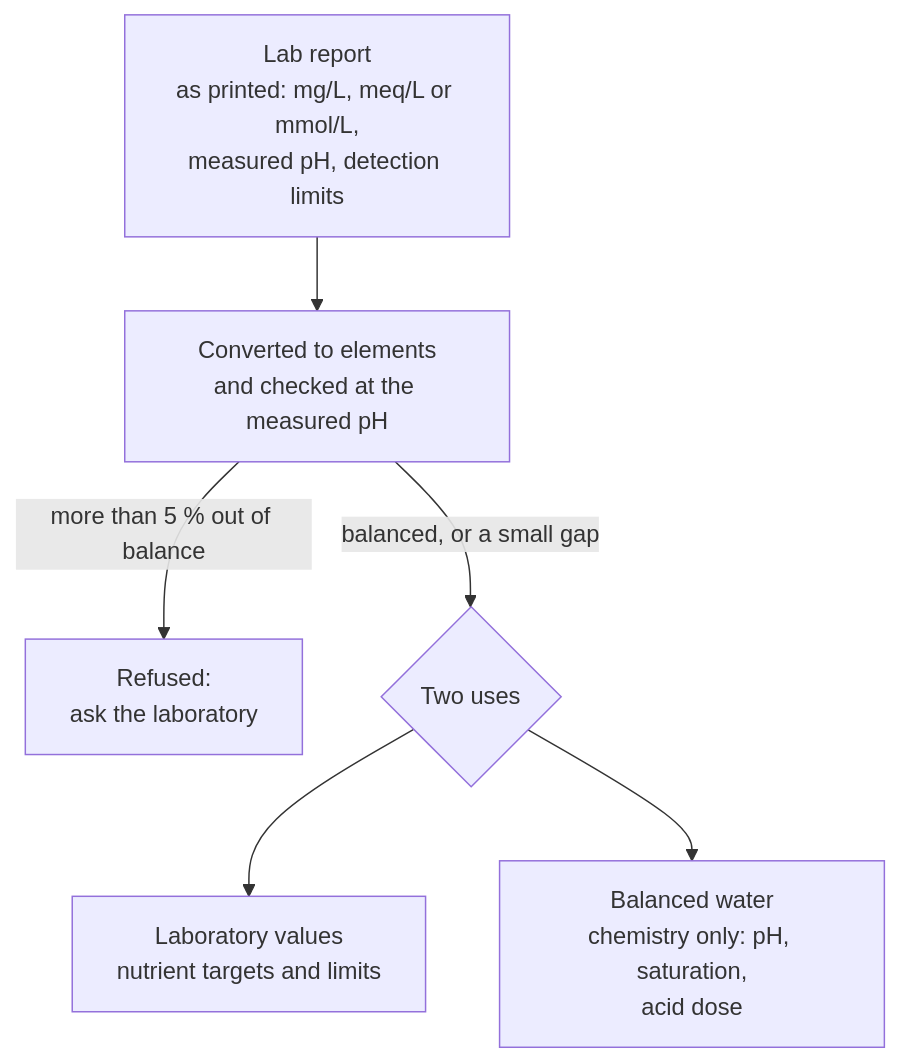
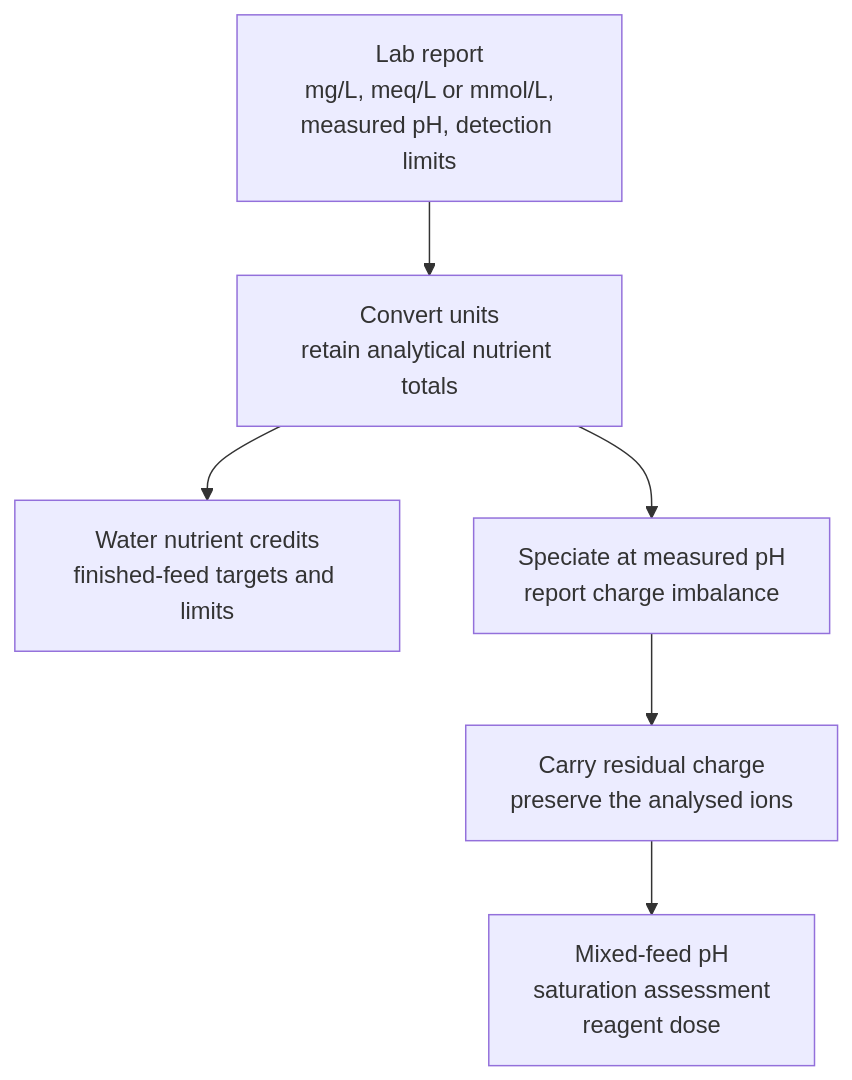
The diagram in docs/site/agronomist/index.md (rafatahmed/Flahax), drawn with Mermaid before and after one commit. The commit also changed other lines of this file and 9 other files, not shown here.

````diff
--- a/docs/site/agronomist/index.md
+++ b/docs/site/agronomist/index.md
@@ -7,11 +7,11 @@
 ```{mermaid}
 ---
 caption: How a lab analysis is used
 ---
 flowchart TB
-    L[Lab report<br/>as printed: mg/L, meq/L or mmol/L,<br/>measured pH, detection limits] --> C[Converted to elements<br/>and checked at the measured pH]
-    C -->|more than 5 % out of balance| X[Refused:<br/>ask the laboratory]
-    C -->|balanced, or a small gap| D{Two uses}
-    D --> T[Laboratory values<br/>nutrient targets and limits]
-    D --> M[Balanced water<br/>chemistry only: pH, saturation,<br/>acid dose]
+    L[Lab report<br/>mg/L, meq/L or mmol/L,<br/>measured pH, detection limits] --> C[Convert units<br/>retain analytical nutrient totals]
+    C --> T[Water nutrient credits<br/>finished-feed targets and limits]
+    C --> M[Speciate at measured pH<br/>report charge imbalance]
+    M --> R[Carry residual charge<br/>preserve the analysed ions]
+    R --> P[Mixed-feed pH<br/>saturation assessment<br/>reagent dose]
 ```
````
